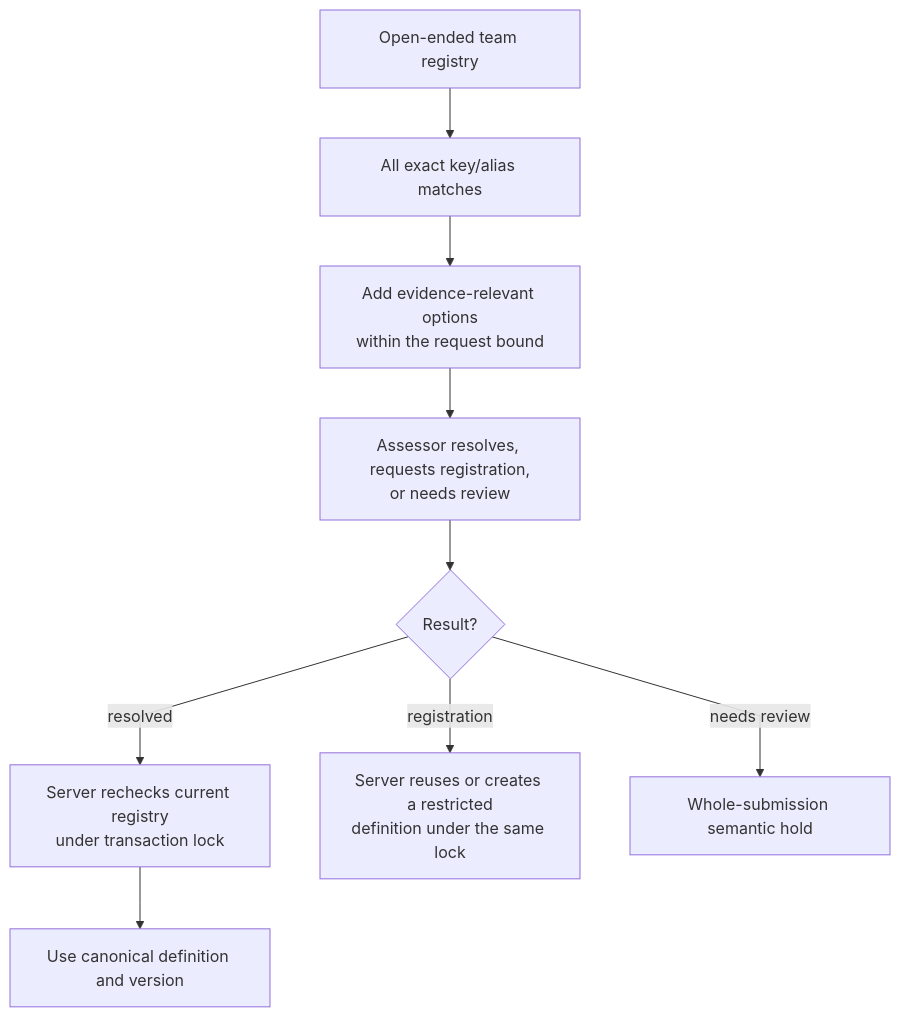
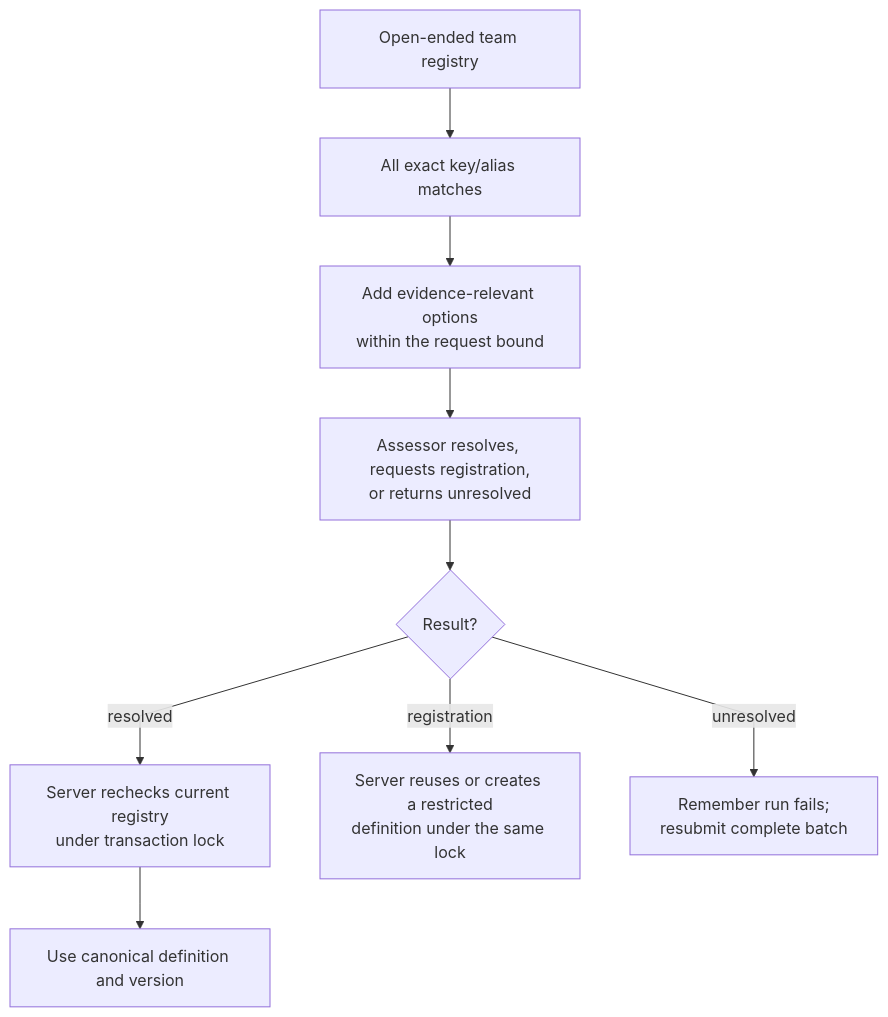
Before and after one commit to markhuangai/dense-mem: the fifth of 10 diagrams in Relationship-Model-And-Lifecycle.md, drawn with Mermaid. The commit also changed other lines of this file and 20 other files, not shown here.

````diff
--- a/Relationship-Model-And-Lifecycle.md
+++ b/Relationship-Model-And-Lifecycle.md
@@ -384,12 +384,12 @@
 ```mermaid
 %%{init: {"flowchart": {"curve": "linear"}}}%%
 flowchart TD
   Registry["Open-ended team registry"] --> Exact["All exact key/alias matches"]
   Exact --> Catalog["Add evidence-relevant options<br/>within the request bound"]
-  Catalog --> Assess["Assessor resolves, requests registration,<br/>or needs review"]
+  Catalog --> Assess["Assessor resolves, requests registration,<br/>or returns unresolved"]
   Assess --> Selected{"Result?"}
   Selected -- resolved --> Recheck["Server rechecks current registry<br/>under transaction lock"]
   Recheck --> Use["Use canonical definition and version"]
   Selected -- registration --> Register["Server reuses or creates a restricted<br/>definition under the same lock"]
-  Selected -- needs review --> Review["Whole-submission semantic hold"]
+  Selected -- unresolved --> Review["Remember run fails;<br/>resubmit complete batch"]
 ```
````
